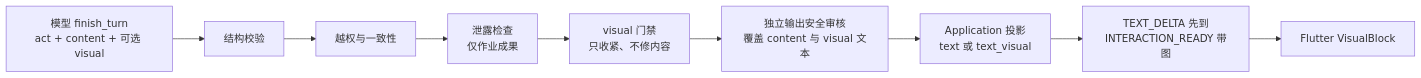
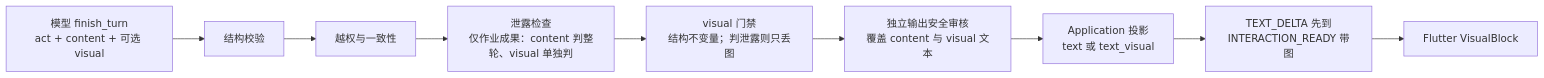
One commit to johanchow/duxue changed the first of 2 diagrams in docs/technical/domain-tutoring-presentation.md. Above: the diagram before and after it, drawn with Mermaid. The commit also changed other lines of this file and 7 other files, not shown here.

````diff
--- a/docs/technical/domain-tutoring-presentation.md
+++ b/docs/technical/domain-tutoring-presentation.md
@@ -48,11 +50,11 @@
 ```mermaid
 flowchart LR
     M[模型 finish_turn<br/>act + content + 可选 visual] --> S[结构校验]
     S --> A[越权与一致性]
-    A --> L[泄露检查<br/>仅作业成果]
-    L --> V[visual 门禁<br/>只收紧、不修内容]
+    A --> L[泄露检查<br/>仅作业成果：content 判整轮、visual 单独判]
+    L --> V[visual 门禁<br/>结构不变量；判泄露则只丢图]
     V --> O[独立输出安全审核<br/>覆盖 content 与 visual 文本]
     O --> P[Application 投影<br/>text 或 text_visual]
     P --> SSE[TEXT_DELTA 先到<br/>INTERACTION_READY 带图]
     SSE --> APP[Flutter VisualBlock]
 ```
````
